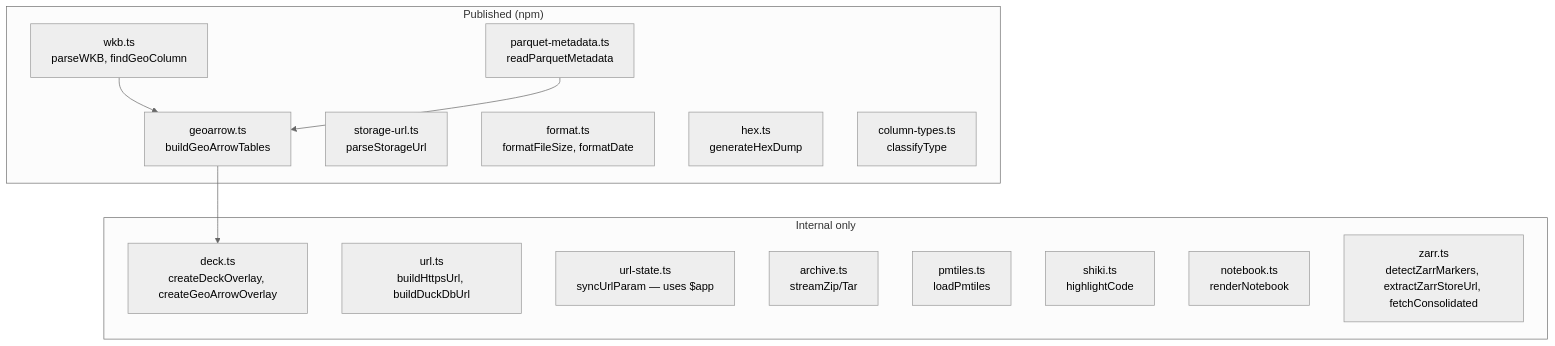
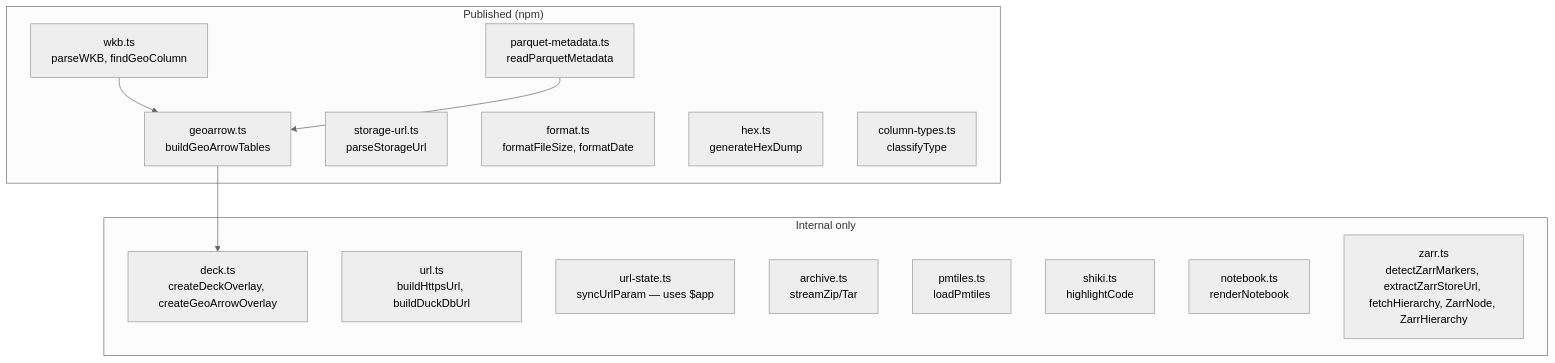
The diagram in src/lib/utils/CLAUDE.md (walkthru-earth/objex), drawn with Mermaid (neutral theme) before and after one commit. The commit also changed other lines of this file and 6 other files, not shown here.

````diff
--- a/src/lib/utils/CLAUDE.md
+++ b/src/lib/utils/CLAUDE.md
@@ -5,25 +5,25 @@
 ```mermaid
 graph TD
     subgraph "Published (npm)"
         WKB[wkb.ts<br/>parseWKB, findGeoColumn]
         GA[geoarrow.ts<br/>buildGeoArrowTables]
         SU[storage-url.ts<br/>parseStorageUrl]
         PM[parquet-metadata.ts<br/>readParquetMetadata]
         FMT[format.ts<br/>formatFileSize, formatDate]
         HEX[hex.ts<br/>generateHexDump]
         CT[column-types.ts<br/>classifyType]
     end
     subgraph "Internal only"
         DECK[deck.ts<br/>createDeckOverlay, createGeoArrowOverlay]
         URL[url.ts<br/>buildHttpsUrl, buildDuckDbUrl]
         US[url-state.ts<br/>syncUrlParam — uses $app]
         ARC[archive.ts<br/>streamZip/Tar]
         PMT[pmtiles.ts<br/>loadPmtiles]
         SHIKI[shiki.ts<br/>highlightCode]
         NB[notebook.ts<br/>renderNotebook]
-        ZARR[zarr.ts<br/>detectZarrMarkers, extractZarrStoreUrl, fetchConsolidated]
+        ZARR[zarr.ts<br/>detectZarrMarkers, extractZarrStoreUrl, fetchHierarchy, ZarrNode, ZarrHierarchy]
     end
     WKB --> GA
     PM --> GA
     GA --> DECK
 ```
````
